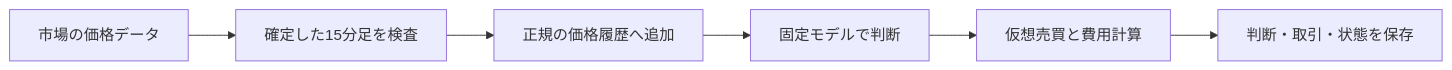
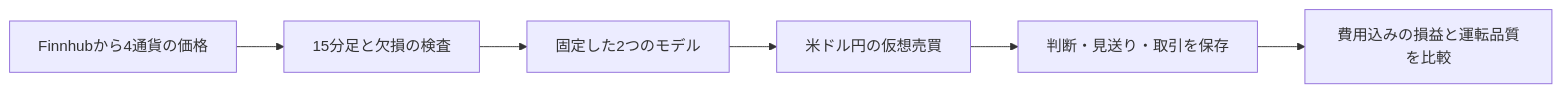
One commit to Fuku1121/fx-ml-trading changed the diagram in README.md. Above: the diagram before and after it, drawn with Mermaid. The commit also changed other lines of this file and 67 other files, not shown here.

````diff
--- a/README.md
+++ b/README.md
@@ -29,8 +34,8 @@
 ```mermaid
 flowchart LR
-    A[市場の価格データ] --> B[確定した15分足を検査]
-    B --> C[正規の価格履歴へ追加]
-    C --> D[固定モデルで判断]
-    D --> E[仮想売買と費用計算]
-    E --> F[判断・取引・状態を保存]
+    A[Finnhubから4通貨の価格] --> B[15分足と欠損の検査]
+    B --> C[固定した2つのモデル]
+    C --> D[米ドル円の仮想売買]
+    D --> E[判断・見送り・取引を保存]
+    E --> F[費用込みの損益と運転品質を比較]
 ```
````
